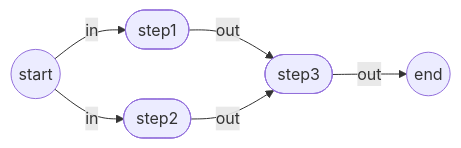
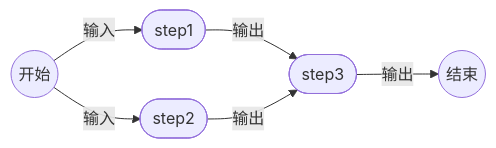
One commit to youngjunning/mastra.youngjunning.com changed the second of 7 diagrams in i18n/zh-CN/docusaurus-plugin-content-docs/current/workflows/control-flow.mdx. Above: the diagram before and after it, drawn with Mermaid. The commit also changed other lines of this file and 3073 other files, not shown here.

````diff
--- a/i18n/zh-CN/docusaurus-plugin-content-docs/current/workflows/control-flow.mdx
+++ b/i18n/zh-CN/docusaurus-plugin-content-docs/current/workflows/control-flow.mdx
@@ -75,12 +75,12 @@
 ```mermaid
 flowchart LR
-  accTitle: Running workflow steps in parallel
-  accDescr: The workflow runs step1 and step2 in parallel. Their outputs join at step3 before the workflow completes.
-  start(( start )) -- in --> step1([step1])
-  start -- in --> step2([step2])
-  step1 -- out --> step3([step3])
-  step2 -- out --> step3
-  step3 -- out --> stop(( end ))
+  accTitle: 并行执行 Workflow 步骤
+  accDescr: Workflow 并行运行 step1 和 step2；两者的输出在 step3 汇合，然后完成执行。
+  start(( 开始 )) -- 输入 --> step1([step1])
+  start -- 输入 --> step2([step2])
+  step1 -- 输出 --> step3([step3])
+  step2 -- 输出 --> step3
+  step3 -- 输出 --> stop(( 结束 ))
 
   class stop accent
 ```
````
